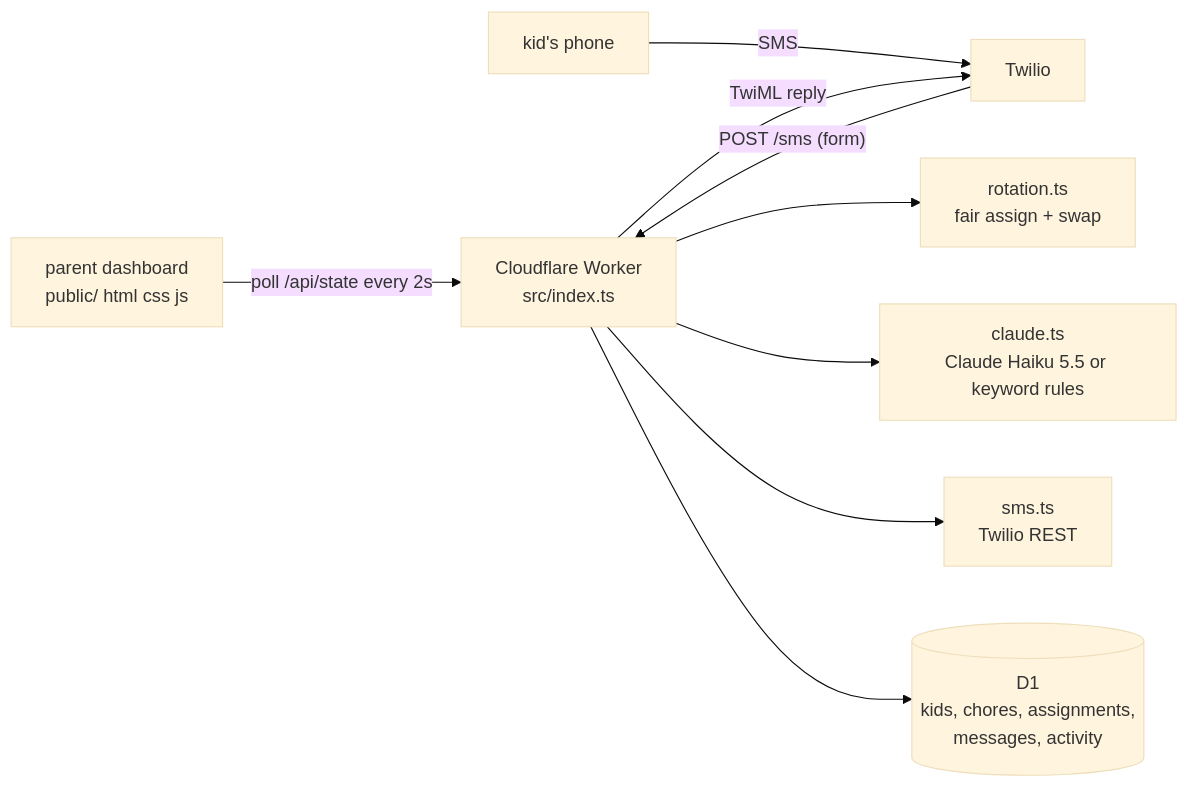
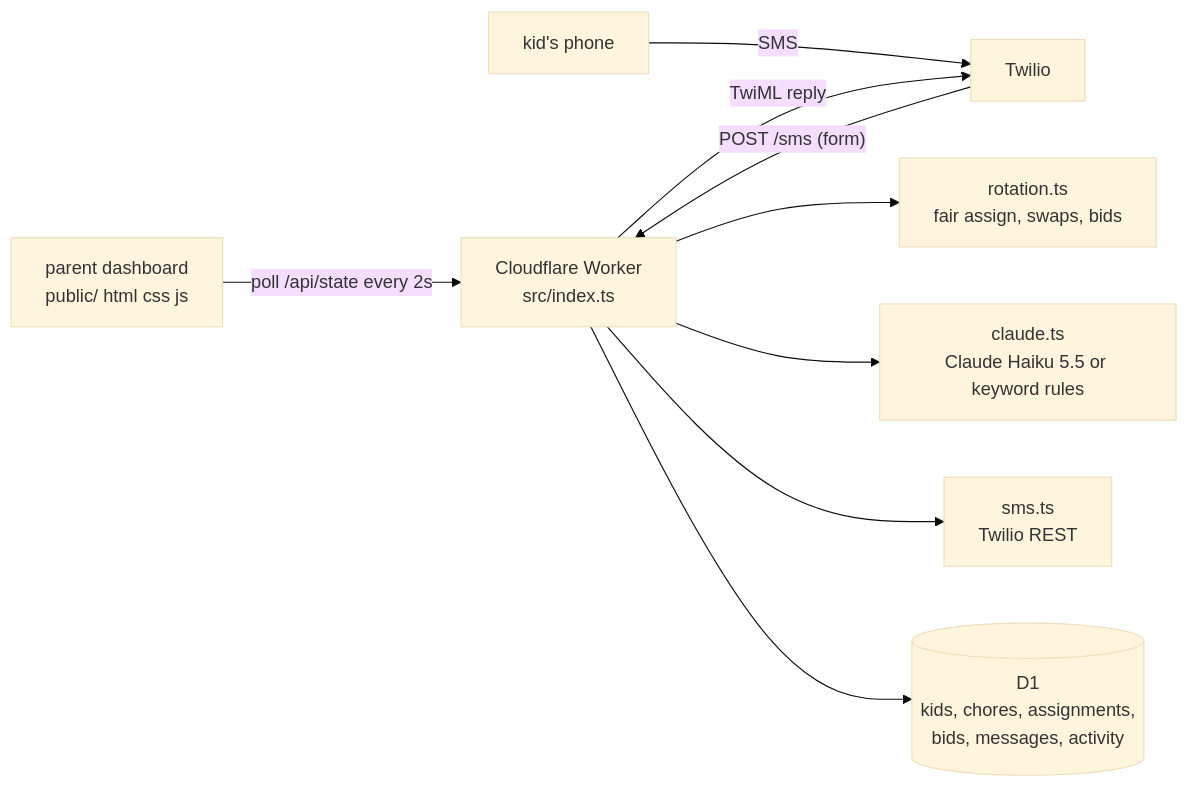
Before and after one commit to kyliemarcisz/supermom: the diagram in README.md, drawn with Mermaid (base theme). The commit also changed other lines of this file, not shown here.

Commit message:
readme: fairness screenshot, how claude reads a text, bids in the architecture, secret tips

````diff
--- a/README.md
+++ b/README.md
@@ -45,11 +47,11 @@
 ```mermaid
 flowchart LR
   P[parent dashboard<br/>public/ html css js] -- "poll /api/state every 2s" --> W
   K[kid's phone] -- SMS --> T[Twilio]
   T -- "POST /sms (form)" --> W
   W -- "TwiML reply" --> T
-  W[Cloudflare Worker<br/>src/index.ts] --> R[rotation.ts<br/>fair assign + swap]
+  W[Cloudflare Worker<br/>src/index.ts] --> R[rotation.ts<br/>fair assign, swaps, bids]
   W --> C[claude.ts<br/>Claude Haiku 5.5 or keyword rules]
   W --> S[sms.ts<br/>Twilio REST]
-  W --> D[(D1<br/>kids, chores, assignments,<br/>messages, activity)]
+  W --> D[(D1<br/>kids, chores, assignments,<br/>bids, messages, activity)]
 ```
````
